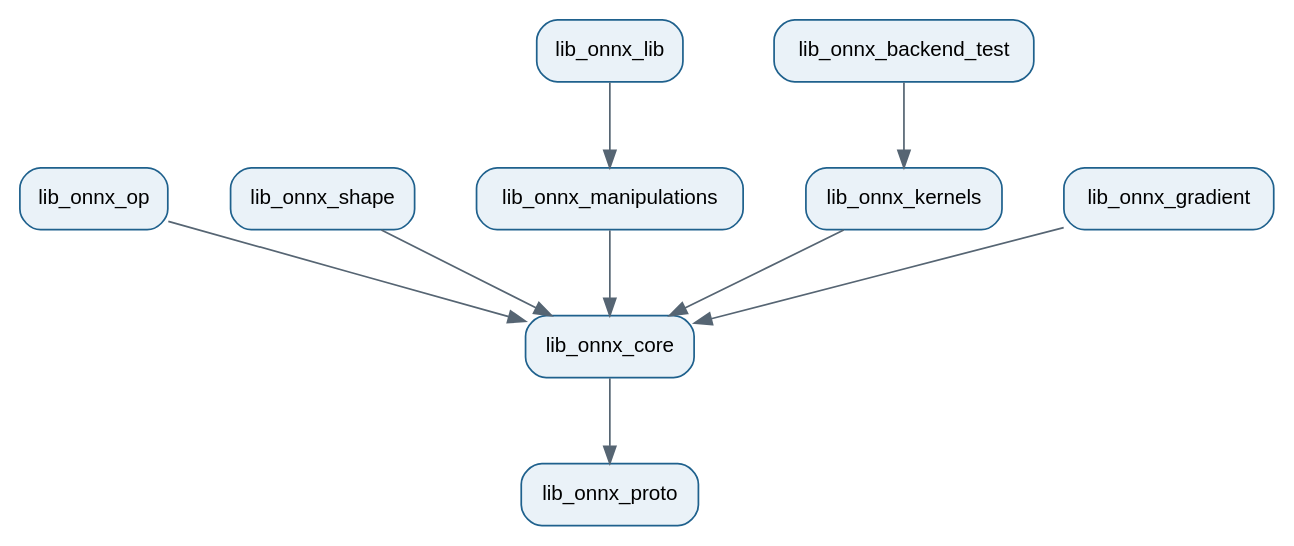
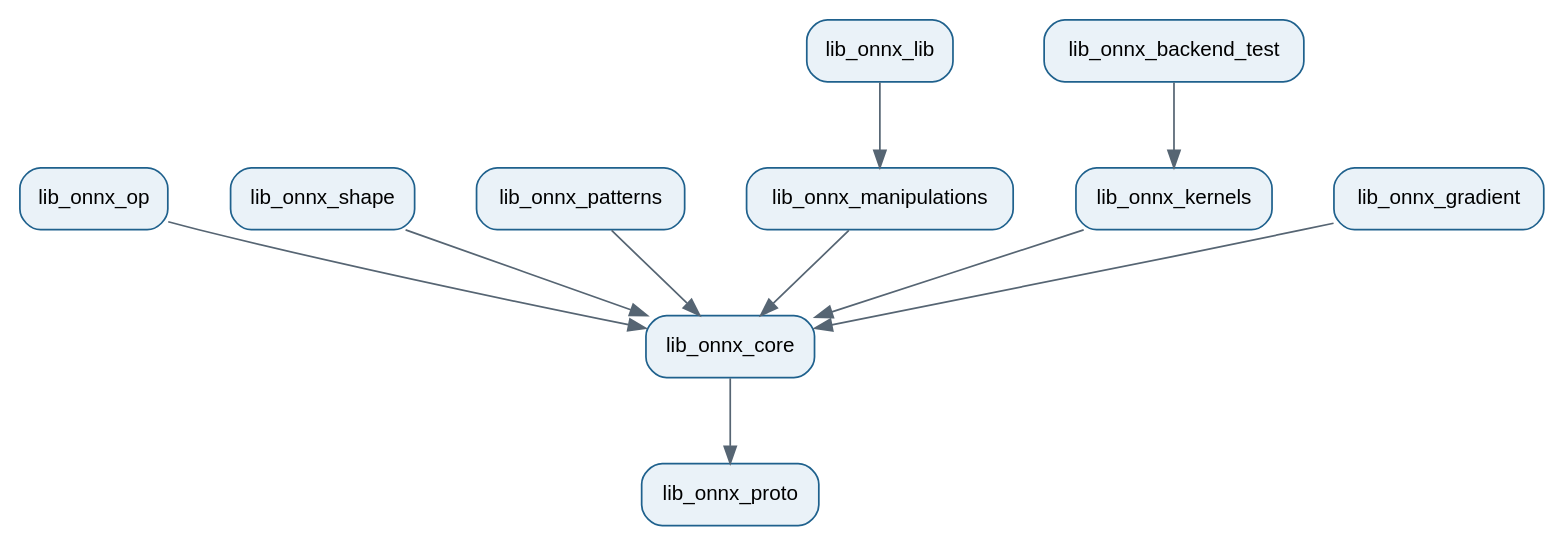
The diagram in docs/design/_static/library_split.dot (xadupre/onnx-light), drawn with Graphviz before and after one commit. The commit also changed 13 other files, not shown here.

Commit message:
add lib for patterns

```diff
--- a/docs/design/_static/library_split.dot
+++ b/docs/design/_static/library_split.dot
@@ -1,16 +1,17 @@
 digraph library_split {
     rankdir=TB;
     nodesep=0.5;
     ranksep=0.7;
     node [shape=box, style="rounded,filled", fillcolor="#EAF2F8", fontname="Helvetica", fontsize=12, color="#1F618D"];
     edge [fontname="Helvetica", fontsize=10, color="#566573"];
 
     lib_onnx_core -> lib_onnx_proto;
     lib_onnx_op -> lib_onnx_core;
     lib_onnx_shape -> lib_onnx_core;
+    lib_onnx_patterns -> lib_onnx_core;
     lib_onnx_manipulations -> lib_onnx_core;
     lib_onnx_kernels -> lib_onnx_core;
     lib_onnx_gradient -> lib_onnx_core;
     lib_onnx_lib -> lib_onnx_manipulations;
     lib_onnx_backend_test -> lib_onnx_kernels;
 }
```
